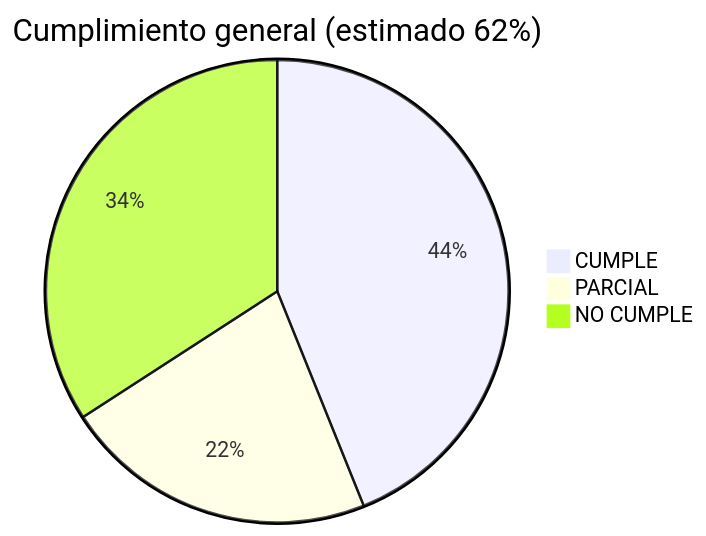
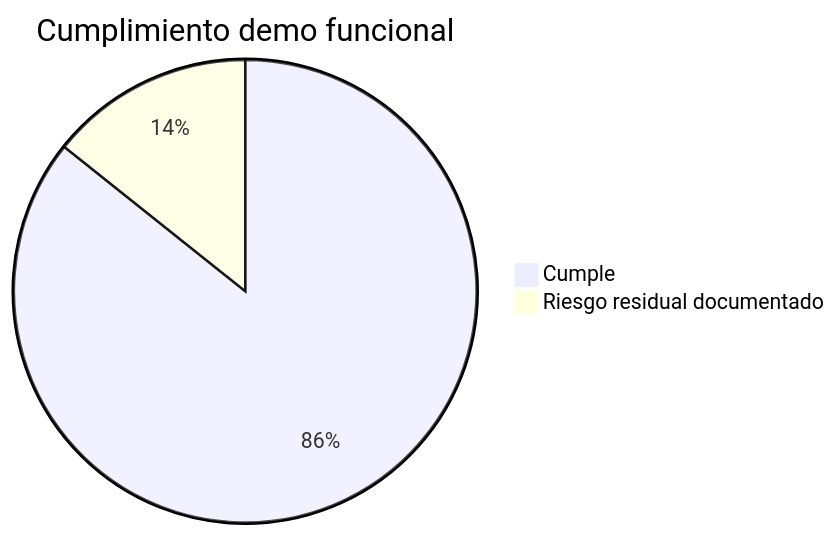
The first of 3 diagrams in docs/diagramas/diagrama_matriz_cumplimiento.md (yosuSALA/Final-reto), drawn with Mermaid before and after one commit. The commit also changed other lines of this file and 46 other files, not shown here.

````diff
--- a/docs/diagramas/diagrama_matriz_cumplimiento.md
+++ b/docs/diagramas/diagrama_matriz_cumplimiento.md
@@ -7,6 +7,5 @@
 ```mermaid
-pie title Cumplimiento general (estimado 62%)
-    "CUMPLE" : 18
-    "PARCIAL" : 9
-    "NO CUMPLE" : 14
+pie title Cumplimiento demo funcional
+    "Cumple" : 12
+    "Riesgo residual documentado" : 2
 ```
````
